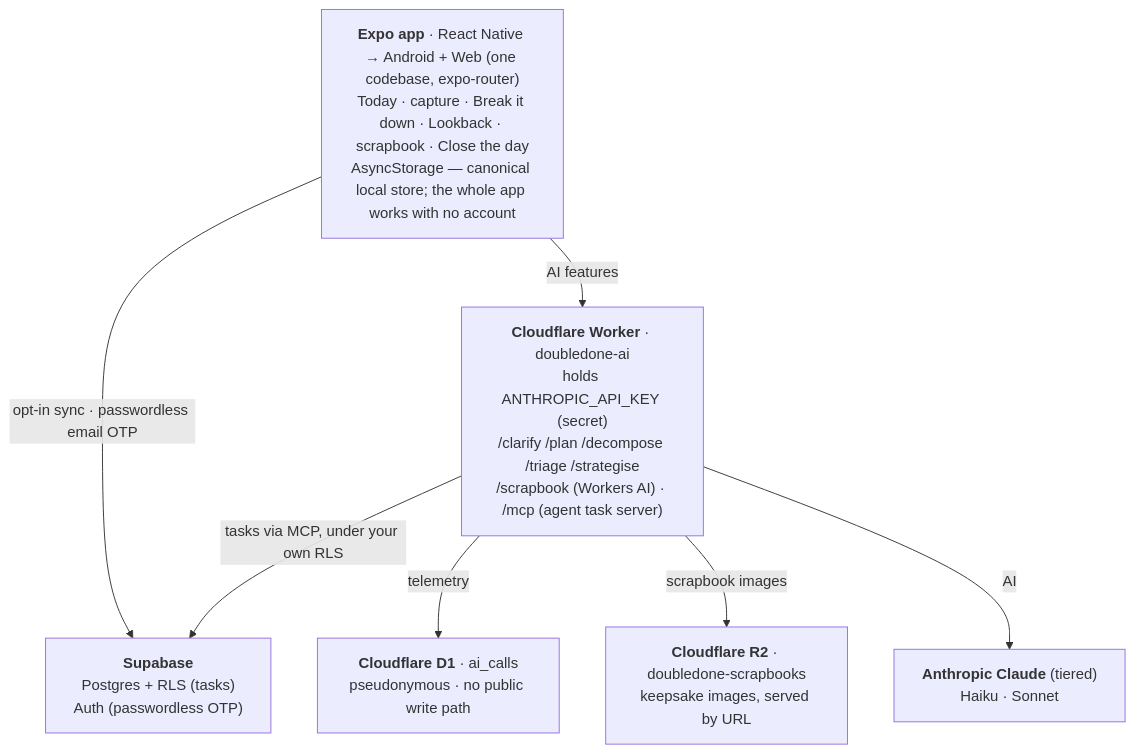
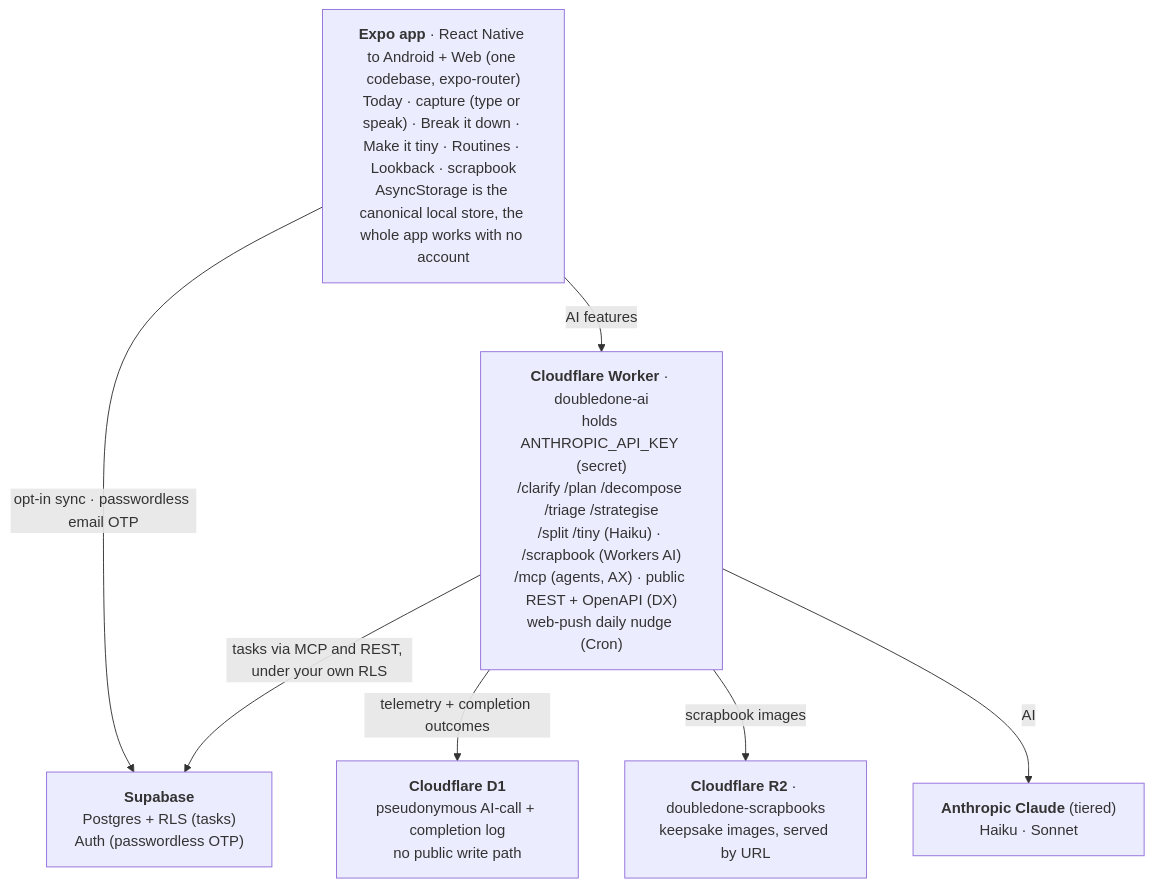
Before and after one commit to melroyds/doubledone: the diagram in README.md, drawn with Mermaid. The commit also changed other lines of this file and 7 other files, not shown here.

````diff
--- a/README.md
+++ b/README.md
@@ -107,10 +115,10 @@
 ```mermaid
 flowchart TB
-    App["<b>Expo app</b> · React Native → Android + Web (one codebase, expo-router)<br/>Today · capture · Break it down · Lookback · scrapbook · Close the day<br/>AsyncStorage — canonical local store; the whole app works with no account"]
+    App["<b>Expo app</b> · React Native to Android + Web (one codebase, expo-router)<br/>Today · capture (type or speak) · Break it down · Make it tiny · Routines · Lookback · scrapbook<br/>AsyncStorage is the canonical local store, the whole app works with no account"]
     App -->|"opt-in sync · passwordless email OTP"| SB["<b>Supabase</b><br/>Postgres + RLS (tasks)<br/>Auth (passwordless OTP)"]
-    App -->|"AI features"| W["<b>Cloudflare Worker</b> · doubledone-ai<br/>holds ANTHROPIC_API_KEY (secret)<br/>/clarify /plan /decompose /triage /strategise<br/>/scrapbook (Workers AI) · /mcp (agent task server)"]
-    W -->|"tasks via MCP, under your own RLS"| SB
-    W -->|"telemetry"| D1["<b>Cloudflare D1</b> · ai_calls<br/>pseudonymous · no public write path"]
+    App -->|"AI features"| W["<b>Cloudflare Worker</b> · doubledone-ai<br/>holds ANTHROPIC_API_KEY (secret)<br/>/clarify /plan /decompose /triage /strategise<br/>/split /tiny (Haiku) · /scrapbook (Workers AI)<br/>/mcp (agents, AX) · public REST + OpenAPI (DX)<br/>web-push daily nudge (Cron)"]
+    W -->|"tasks via MCP and REST, under your own RLS"| SB
+    W -->|"telemetry + completion outcomes"| D1["<b>Cloudflare D1</b><br/>pseudonymous AI-call + completion log<br/>no public write path"]
     W -->|"scrapbook images"| R2["<b>Cloudflare R2</b> · doubledone-scrapbooks<br/>keepsake images, served by URL"]
     W -->|"AI"| AN["<b>Anthropic Claude</b> (tiered)<br/>Haiku · Sonnet"]
 ```
````
